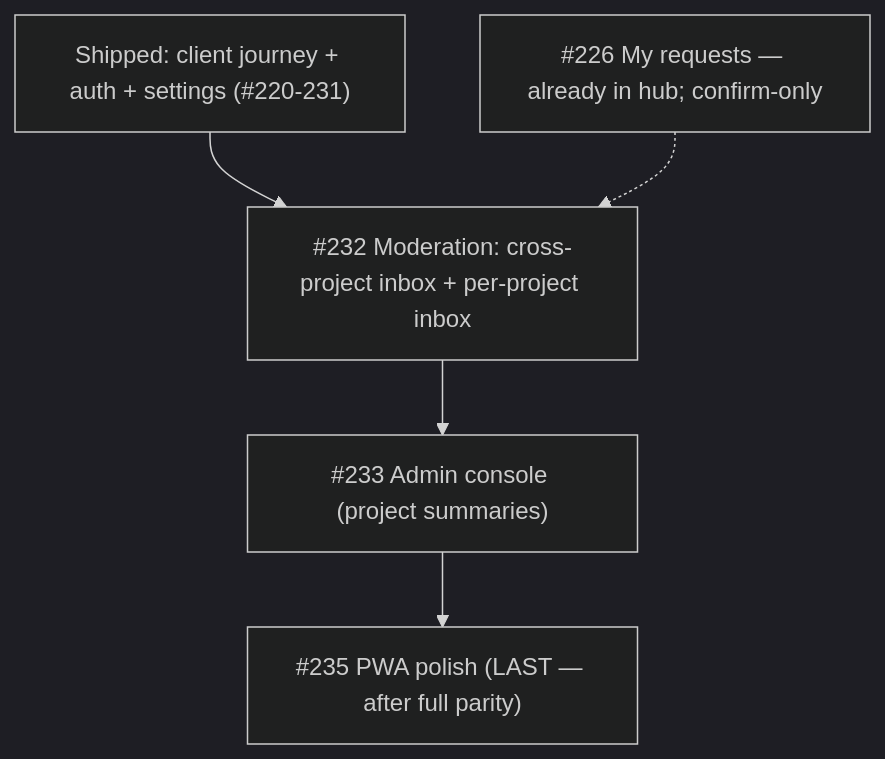
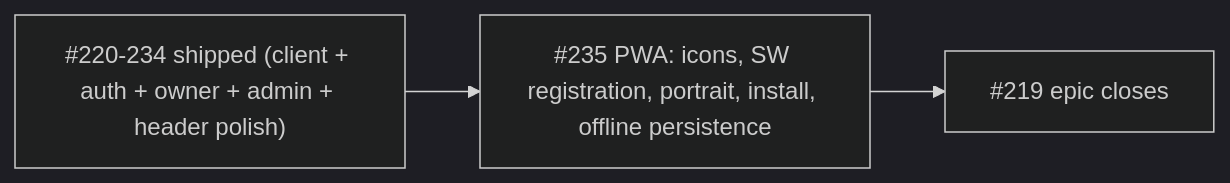
The diagram in docs/audits/milestone-12-audit.md (zestones/vista), drawn with Mermaid (dark theme) before and after one commit. The commit also changed other lines of this file, not shown here.

Commit message:
docs: final milestone #12 audit (PWA finale)

````diff
--- a/docs/audits/milestone-12-audit.md
+++ b/docs/audits/milestone-12-audit.md
@@ -32,8 +46,5 @@
 ```mermaid
-flowchart TD
-  Done["Shipped: client journey + auth + settings (#220-231)"]
-  Done --> MOD["#232 Moderation: cross-project inbox + per-project inbox"]
-  MOD --> ADM["#233 Admin console (project summaries)"]
-  ADM --> PWA["#235 PWA polish (LAST — after full parity)"]
-  P226["#226 My requests — already in hub; confirm-only"] -.-> MOD
+flowchart LR
+  Shipped["#220-234 shipped (client + auth + owner + admin + header polish)"] --> PWA["#235 PWA: icons, SW registration, portrait, install, offline persistence"]
+  PWA --> Epic["#219 epic closes"]
 ```
````
